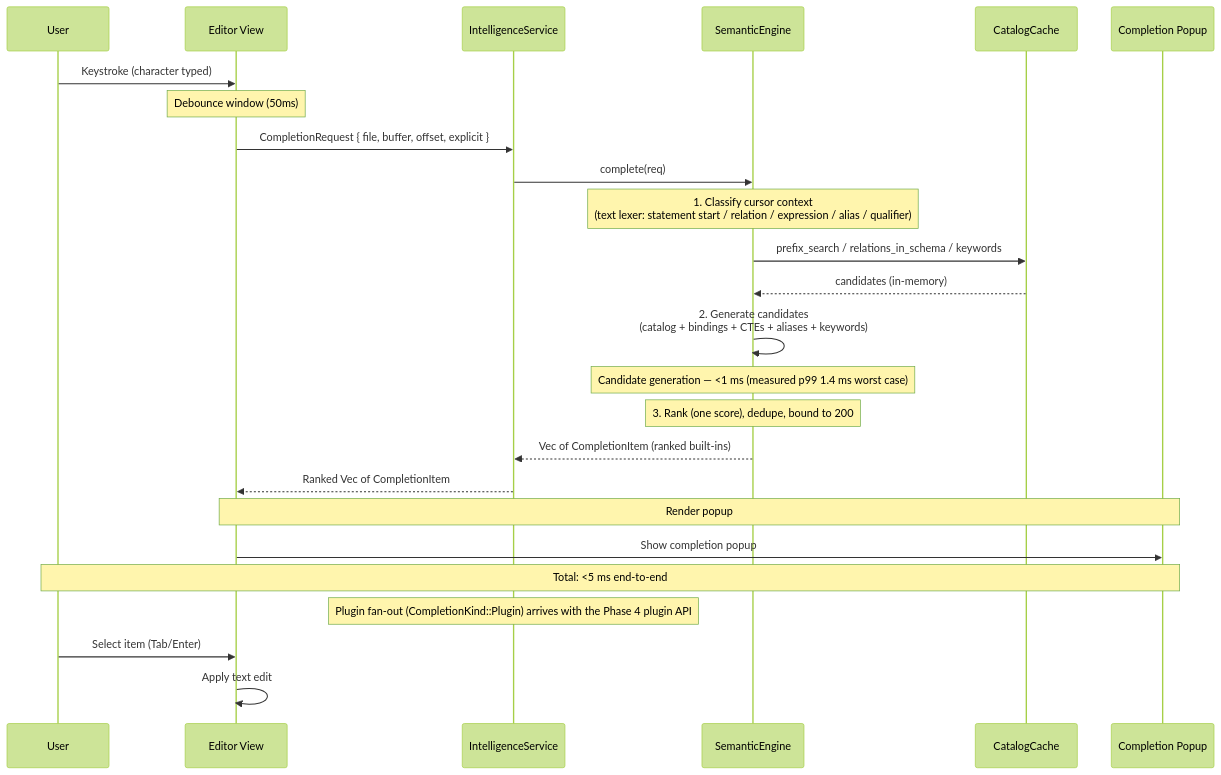
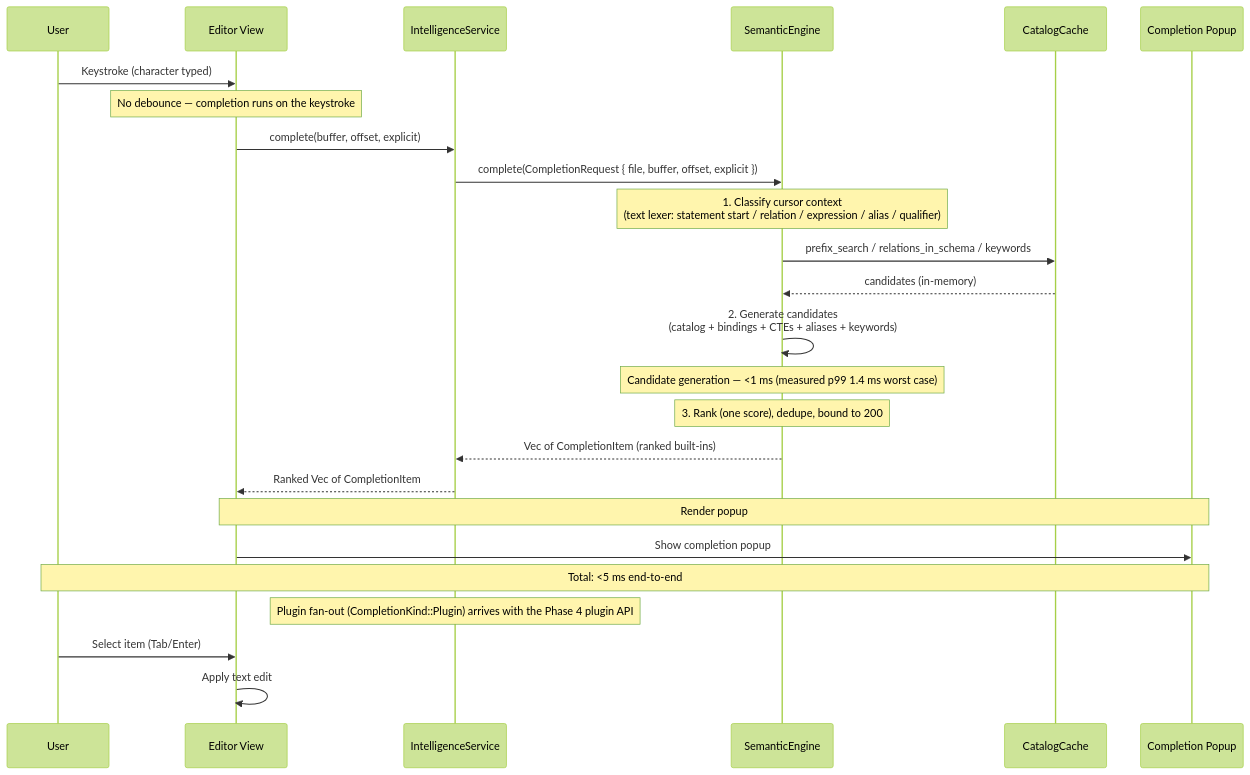
One commit to mohamad-kanso/Tempr changed the second of 3 diagrams in docs/12-sql-intelligence.md. Above: the diagram before and after it, drawn with Mermaid (forest theme). The commit also changed other lines of this file and 35 other files, not shown here.

````diff
--- a/docs/12-sql-intelligence.md
+++ b/docs/12-sql-intelligence.md
@@ -255,43 +281,43 @@
 ```mermaid
 sequenceDiagram
     participant User
     participant Editor as Editor View
     participant IS as IntelligenceService
     participant SE as SemanticEngine
     participant Cat as CatalogCache
     participant UI as Completion Popup
 
     User->>Editor: Keystroke (character typed)
 
-    Note over Editor: Debounce window (50ms)
+    Note over Editor: No debounce — completion runs on the keystroke
 
-    Editor->>IS: CompletionRequest { file, buffer, offset, explicit }
+    Editor->>IS: complete(buffer, offset, explicit)
 
-    IS->>SE: complete(req)
+    IS->>SE: complete(CompletionRequest { file, buffer, offset, explicit })
 
     Note over SE: 1. Classify cursor context<br/>(text lexer: statement start / relation / expression / alias / qualifier)
 
     SE->>Cat: prefix_search / relations_in_schema / keywords
     Cat-->>SE: candidates (in-memory)
 
     SE->>SE: 2. Generate candidates<br/>(catalog + bindings + CTEs + aliases + keywords)
 
     Note over SE: Candidate generation — <1 ms (measured p99 1.4 ms worst case)
 
     Note over SE: 3. Rank (one score), dedupe, bound to 200
 
     SE-->>IS: Vec of CompletionItem (ranked built-ins)
 
     IS-->>Editor: Ranked Vec of CompletionItem
 
     Note over Editor,UI: Render popup
 
     Editor->>UI: Show completion popup
 
     Note over User,UI: Total: <5 ms end-to-end
 
     Note over IS: Plugin fan-out (CompletionKind::Plugin) arrives with the Phase 4 plugin API
 
     User->>Editor: Select item (Tab/Enter)
     Editor->>Editor: Apply text edit
 ```
````
